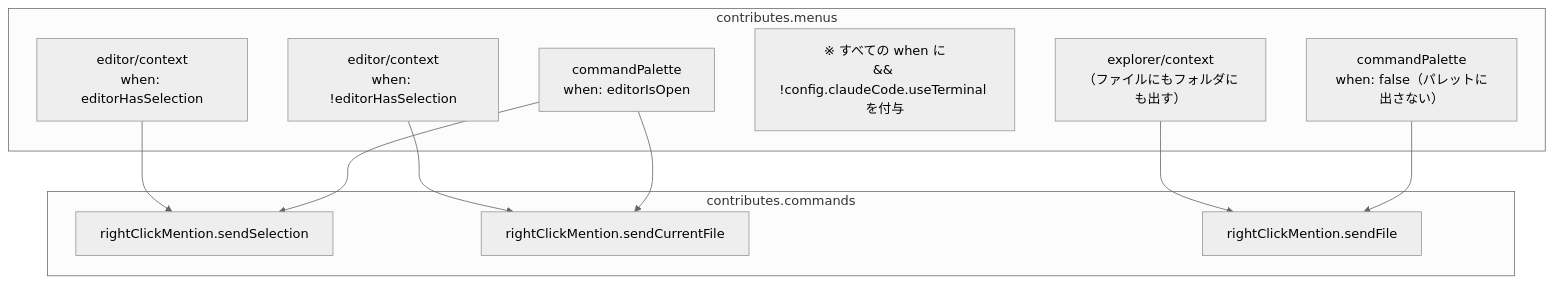
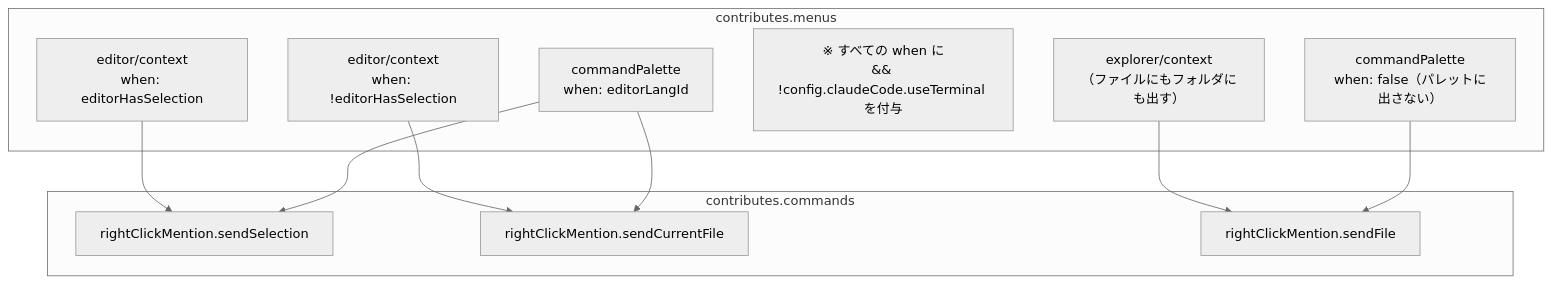
Before and after one commit to kip2/refs-to-chat: the second of 7 diagrams in docs/ARCHITECTURE.md, drawn with Mermaid (neutral theme). The commit also changed other lines of this file and 4 other files, not shown here.

First line of the commit message:
Show palette commands only when a text editor is in front (editorLangId)

````diff
--- a/docs/ARCHITECTURE.md
+++ b/docs/ARCHITECTURE.md
@@ -100,16 +100,16 @@
 ```mermaid
 flowchart TB
   subgraph commands["contributes.commands"]
     A["rightClickMention.sendSelection"]
     B["rightClickMention.sendCurrentFile"]
     C["rightClickMention.sendFile"]
   end
   subgraph menus["contributes.menus"]
     E1["editor/context<br/>when: editorHasSelection"] --> A
     E2["editor/context<br/>when: !editorHasSelection"] --> B
     E3["explorer/context<br/>（ファイルにもフォルダにも出す）"] --> C
     NOTE["※ すべての when に<br/>&& !config.claudeCode.useTerminal を付与"]
     E4["commandPalette<br/>when: false（パレットに出さない）"] --> C
-    E5["commandPalette<br/>when: editorIsOpen"] --> A & B
+    E5["commandPalette<br/>when: editorLangId"] --> A & B
   end
 ```
````
